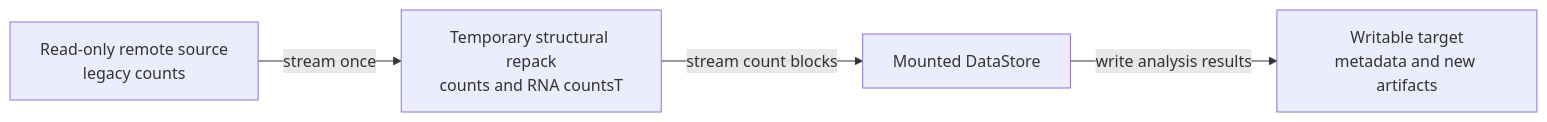
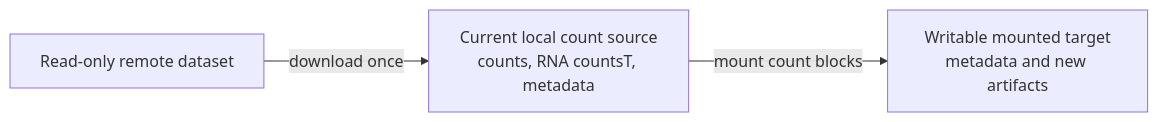
The diagram in docs/source/tutorials/remote_stores.md (Gautam8387/scarf), drawn with Mermaid before and after one commit. The commit also changed other lines of this file and 369 other files, not shown here.

````diff
--- a/docs/source/tutorials/remote_stores.md
+++ b/docs/source/tutorials/remote_stores.md
@@ -136,10 +128,8 @@
 ```{mermaid}
 flowchart LR
-    source["Read-only remote source<br/>legacy counts"]
-    repack["Temporary structural repack<br/>counts and RNA countsT"]
-    mount["Mounted DataStore"]
-    target["Writable target<br/>metadata and new artifacts"]
-    source -->|stream once| repack
-    repack -->|stream count blocks| mount
-    mount -->|write analysis results| target
+    source["Read-only remote dataset"]
+    staged["Current local count source<br/>counts, RNA countsT, metadata"]
+    target["Writable mounted target<br/>metadata and new artifacts"]
+    source -->|download once| staged
+    staged -->|mount count blocks| target
 ```
````
